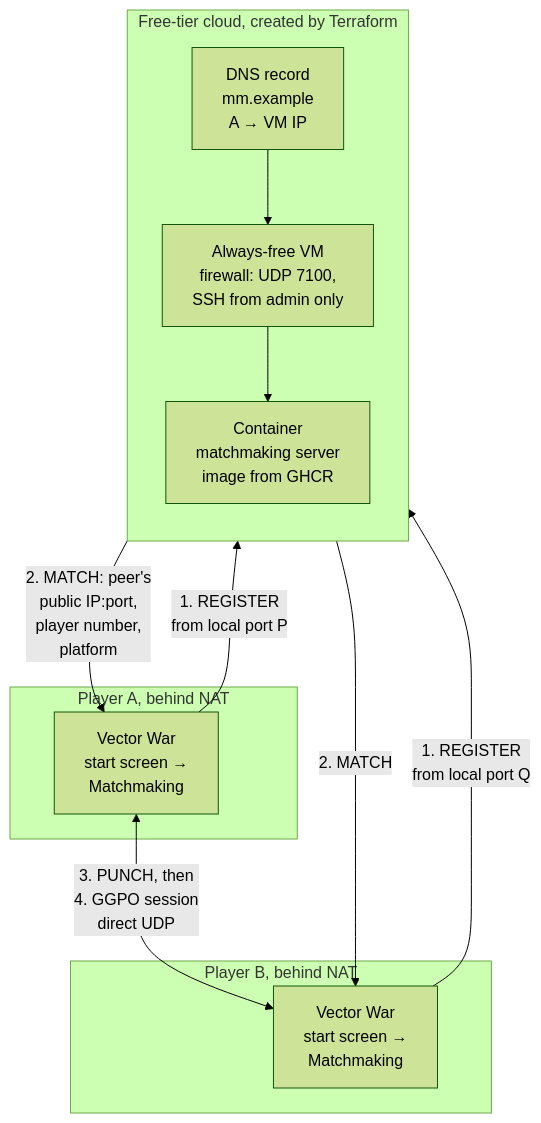
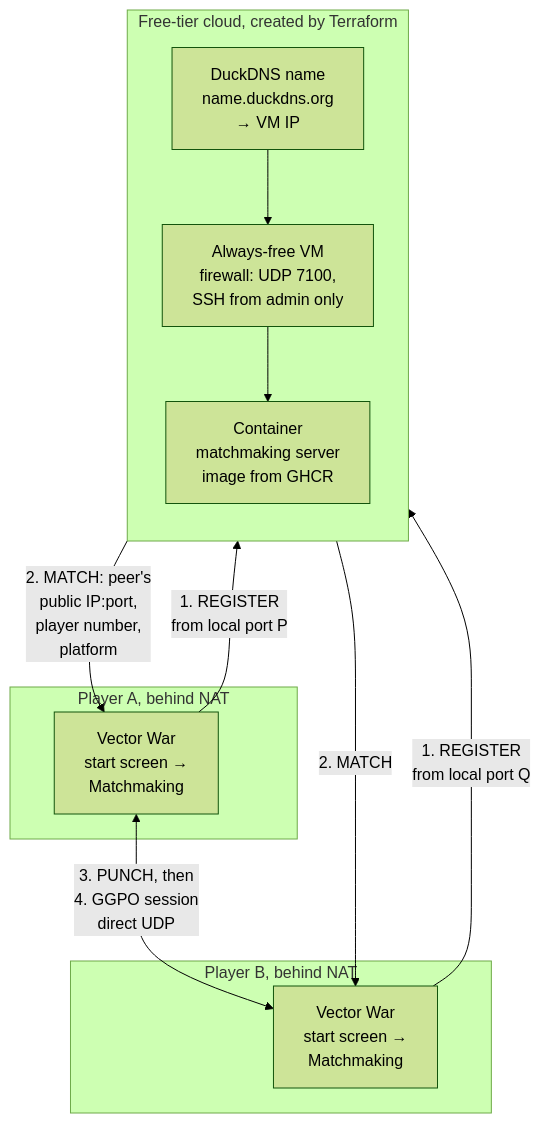
Before and after one commit to irregularthanis/ggpo-next: the diagram in doc/planning/2026-11-11-internet_play/TECH_PLAN.md, drawn with Mermaid (forest theme). The commit also changed other lines of this file and 1 other file, not shown here.

First line of the commit message:
docs: use DuckDNS and explain the container host choice

````diff
--- a/doc/planning/2026-11-11-internet_play/TECH_PLAN.md
+++ b/doc/planning/2026-11-11-internet_play/TECH_PLAN.md
@@ -42,24 +42,24 @@
 ```mermaid
 flowchart TB
     subgraph CLOUD["Free-tier cloud, created by Terraform"]
         direction TB
-        DNS["DNS record<br/>mm.example<br/>A → VM IP"]
+        DNS["DuckDNS name<br/>name.duckdns.org<br/>→ VM IP"]
         VM["Always-free VM<br/>firewall: UDP 7100,<br/>SSH from admin only"]
         CTR["Container<br/>matchmaking server<br/>image from GHCR"]
         DNS --> VM --> CTR
     end
 
     subgraph A["Player A, behind NAT"]
         VWA["Vector War<br/>start screen →<br/>Matchmaking"]
     end
 
     subgraph B["Player B, behind NAT"]
         VWB["Vector War<br/>start screen →<br/>Matchmaking"]
     end
 
     VWA -->|"1. REGISTER<br/>from local port P"| CTR
     VWB -->|"1. REGISTER<br/>from local port Q"| CTR
     CTR -->|"2. MATCH: peer's<br/>public IP:port,<br/>player number,<br/>platform"| VWA
     CTR -->|"2. MATCH"| VWB
     VWA <-->|"3. PUNCH, then<br/>4. GGPO session<br/>direct UDP"| VWB
 ```
````
